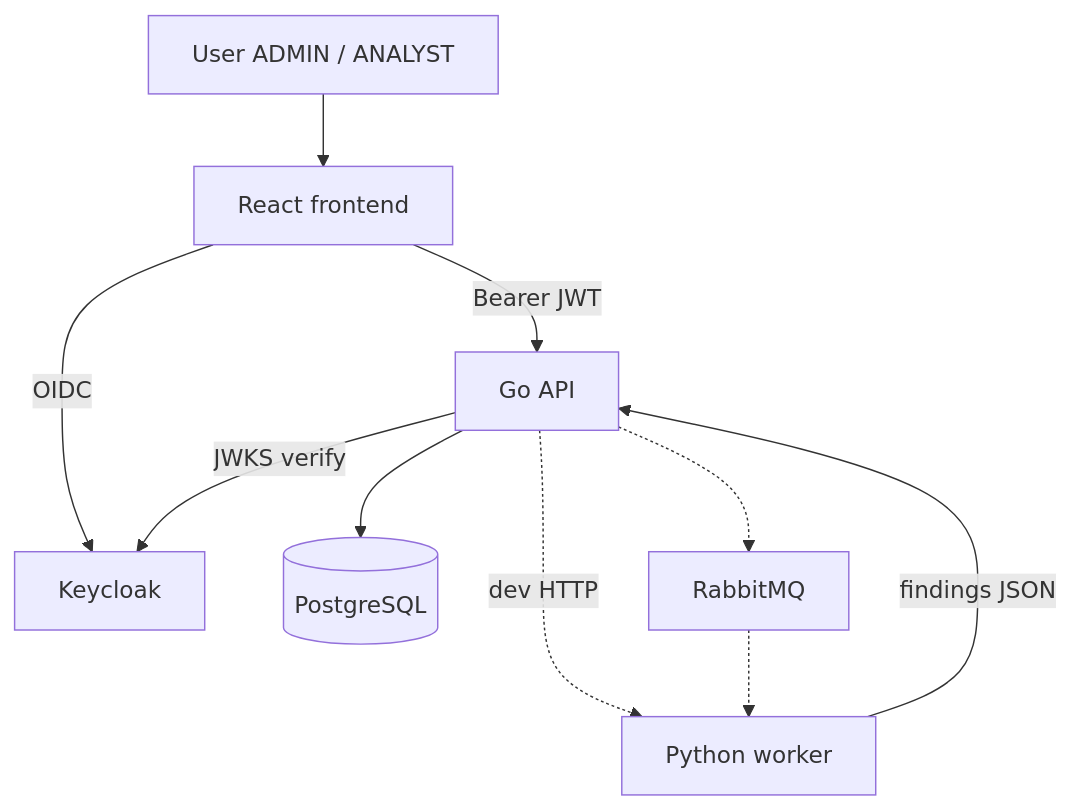
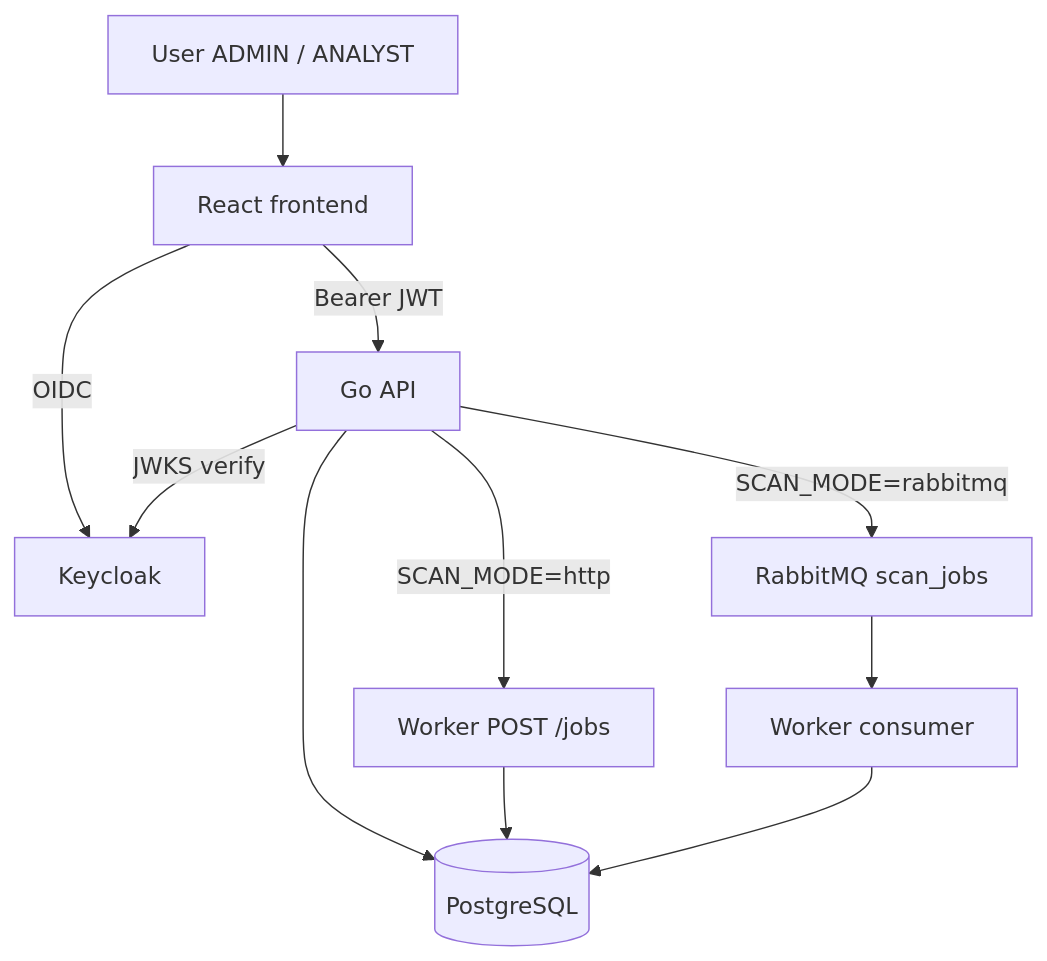
The diagram in DEVELOPMENT_PLAN.md (ChakerYaakoub/CyberWatch), drawn with Mermaid before and after one commit. The commit also changed other lines of this file and 36 other files, not shown here.

Commit message:
feat: add async scan pipeline with HTTP/RabbitMQ dual mode

````diff
--- a/DEVELOPMENT_PLAN.md
+++ b/DEVELOPMENT_PLAN.md
@@ -29,12 +29,13 @@
 ```mermaid
 flowchart TB
   User["User ADMIN / ANALYST"] --> FE[React frontend]
   FE -->|"OIDC"| KC[Keycloak]
   FE -->|"Bearer JWT"| API[Go API]
   API -->|"JWKS verify"| KC
   API --> DB[(PostgreSQL)]
-  API -.->|"dev HTTP"| Worker[Python worker]
-  API -.-> MQ[RabbitMQ]
-  MQ -.-> Worker
-  Worker -->|"findings JSON"| API
+  API -->|"SCAN_MODE=http"| WorkerHTTP[Worker POST /jobs]
+  API -->|"SCAN_MODE=rabbitmq"| MQ[RabbitMQ scan_jobs]
+  MQ --> WorkerRMQ[Worker consumer]
+  WorkerHTTP --> DB
+  WorkerRMQ --> DB
 ```
````
